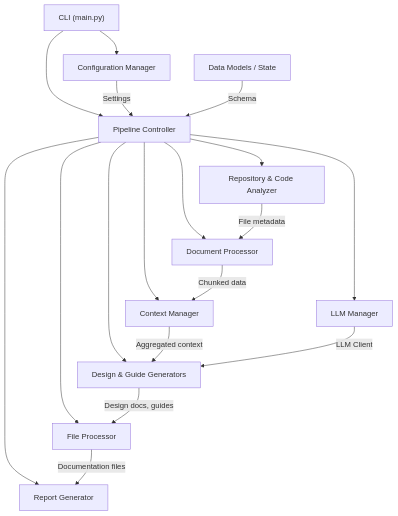
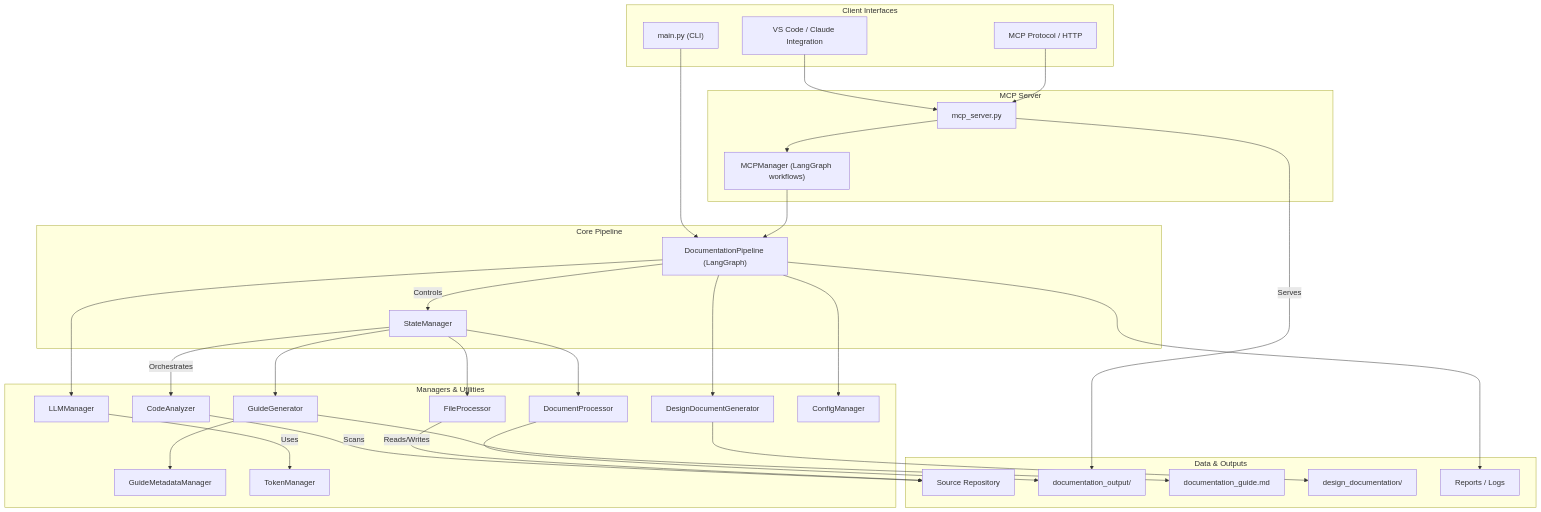
Before and after one commit to aronweiler/code-documentor: the diagram in documentation_output/design_documentation/architecture.md, drawn with Mermaid. The commit also changed other lines of this file and 45 other files, not shown here.

````diff
--- a/documentation_output/design_documentation/architecture.md
+++ b/documentation_output/design_documentation/architecture.md
@@ -43,34 +55,65 @@
 ```mermaid
 flowchart TD
-    CLI["CLI (main.py)"]
-    Config["Configuration Manager"]
-    Pipeline["Pipeline Controller"]
-    Analyzer["Repository & Code Analyzer"]
-    DocProc["Document Processor"]
-    CtxMgr["Context Manager"]
-    LLM["LLM Manager"]
-    GenDesign["Design & Guide Generators"]
-    FProc["File Processor"]
-    Report["Report Generator"]
-    Models["Data Models / State"]
+    subgraph Client Interfaces
+        CLI["main.py (CLI)"]
+        VSCode["VS Code / Claude Integration"]
+        MCPAPI["MCP Protocol / HTTP"]
+    end
 
-    CLI --> Config
+    subgraph MCP Server
+        Server["mcp_server.py"]
+        MCPManager["MCPManager (LangGraph workflows)"]
+    end
+
+    subgraph Core Pipeline
+        Pipeline["DocumentationPipeline (LangGraph)"]
+        StateManager["StateManager"]
+    end
+
+    subgraph Managers & Utilities
+        CodeAnalyzer["CodeAnalyzer"]
+        FileProcessor["FileProcessor"]
+        DocumentProcessor["DocumentProcessor"]
+        GuideGenerator["GuideGenerator"]
+        GuideMeta["GuideMetadataManager"]
+        DesignDocGen["DesignDocumentGenerator"]
+        LLMManager["LLMManager"]
+        ConfigManager["ConfigManager"]
+        TokenManager["TokenManager"]
+    end
+
+    subgraph Data & Outputs
+        Repo["Source Repository"]
+        DocsOut["documentation_output/"]
+        Guide["documentation_guide.md"]
+        DesignDocs["design_documentation/"]
+        Reports["Reports / Logs"]
+    end
+
     CLI --> Pipeline
-    Config -->|Settings| Pipeline
-    Models -->|Schema| Pipeline
+    VSCode --> Server
+    MCPAPI --> Server
+    Server --> MCPManager
+    MCPManager --> Pipeline
 
-    Pipeline --> Analyzer
-    Pipeline --> DocProc
-    Pipeline --> CtxMgr
-    Pipeline --> LLM
-    Pipeline --> GenDesign
-    Pipeline --> FProc
-    Pipeline --> Report
+    Pipeline -->|Controls| StateManager
+    StateManager -->|Orchestrates| CodeAnalyzer
+    StateManager --> FileProcessor
+    StateManager --> DocumentProcessor
+    StateManager --> GuideGenerator
+    GuideGenerator --> GuideMeta
+    Pipeline --> DesignDocGen
 
-    Analyzer -->|File metadata| DocProc
-    DocProc -->|Chunked data| CtxMgr
-    CtxMgr -->|Aggregated context| GenDesign
-    LLM -->|LLM Client| GenDesign
-    GenDesign -->|Design docs, guides| FProc
-    FProc -->|Documentation files| Report
+    Pipeline --> ConfigManager
+    Pipeline --> LLMManager
+    LLMManager -->|Uses| TokenManager
+
+    CodeAnalyzer -->|Scans| Repo
+    FileProcessor -->|Reads/Writes| Repo
+    DocumentProcessor --> DocsOut
+    GuideGenerator --> Guide
+    DesignDocGen --> DesignDocs
+
+    Pipeline --> Reports
+    Server -->|Serves| DocsOut
 ```
````
